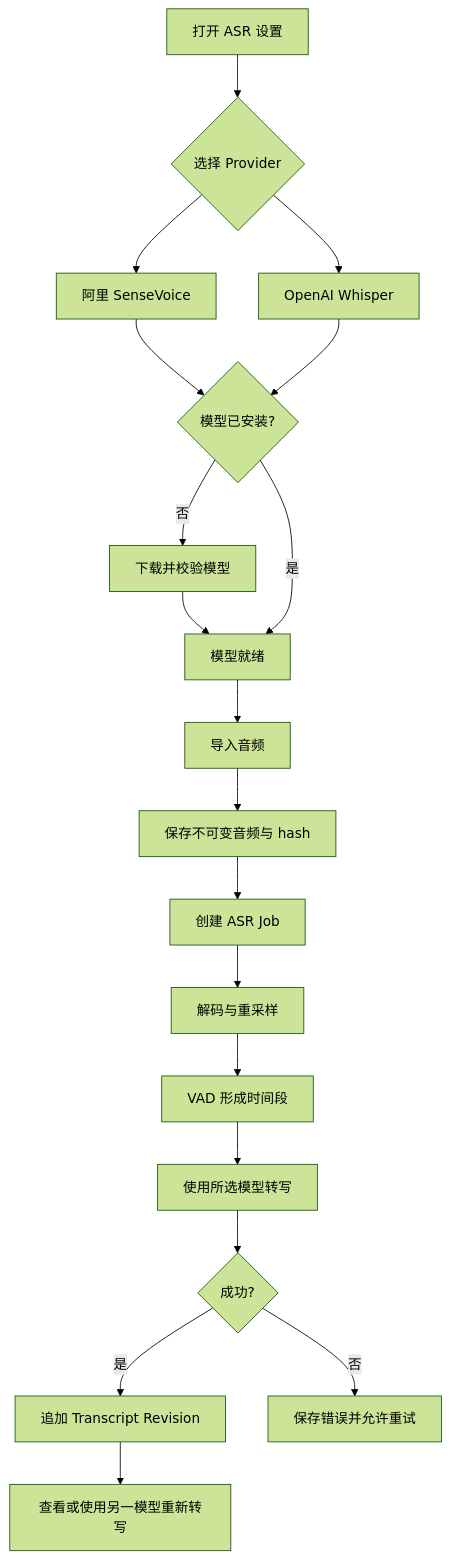
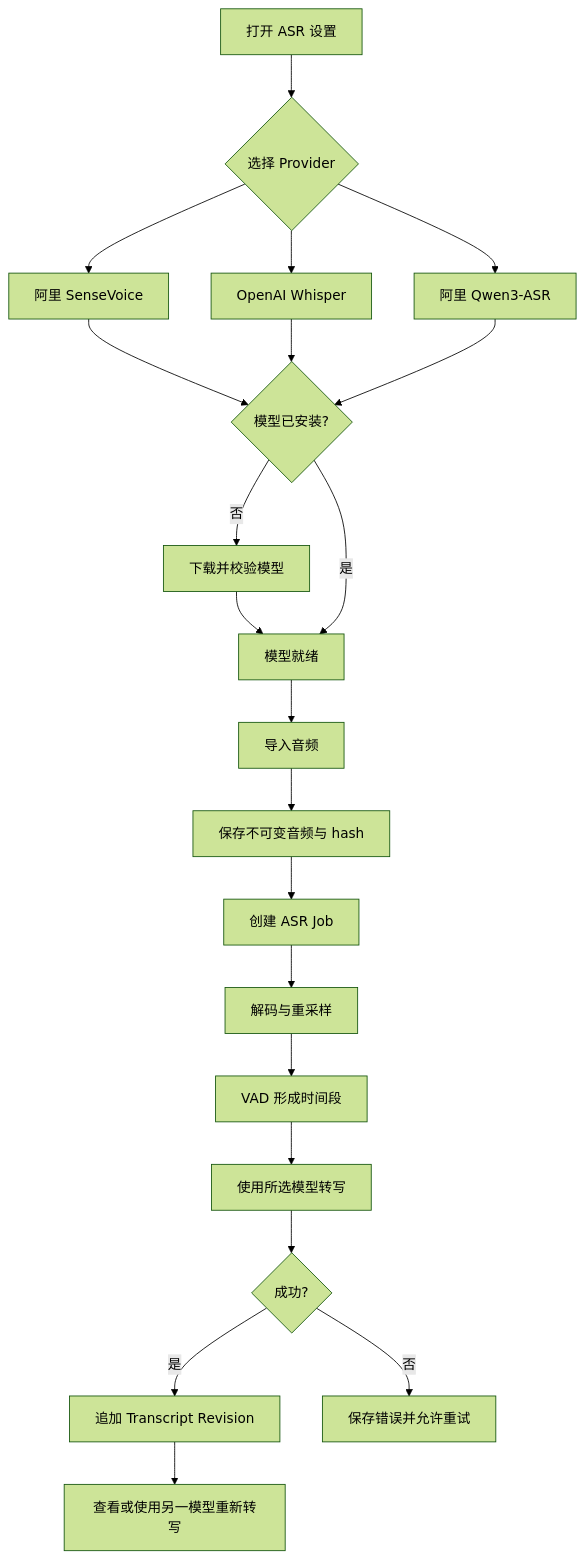
The first of 2 diagrams in docs/prd/lifesub-real-asr-v0.2/PRD.md (TheGoldenWave/LifeSub), drawn with Mermaid (forest theme) before and after one commit. The commit also changed other lines of this file and 4 other files, not shown here.

Commit message:
docs: add Qwen3 ASR provider scope

````diff
--- a/docs/prd/lifesub-real-asr-v0.2/PRD.md
+++ b/docs/prd/lifesub-real-asr-v0.2/PRD.md
@@ -26,21 +26,23 @@
 ```mermaid
 flowchart TD
     Settings[打开 ASR 设置] --> Provider{选择 Provider}
     Provider --> SenseVoice[阿里 SenseVoice]
     Provider --> Whisper[OpenAI Whisper]
+    Provider --> Qwen[阿里 Qwen3-ASR]
     SenseVoice --> Model{模型已安装?}
     Whisper --> Model
+    Qwen --> Model
     Model -->|否| Download[下载并校验模型]
     Download --> Ready[模型就绪]
     Model -->|是| Ready
     Ready --> Import[导入音频]
     Import --> Preserve[保存不可变音频与 hash]
     Preserve --> Job[创建 ASR Job]
     Job --> Decode[解码与重采样]
     Decode --> VAD[VAD 形成时间段]
     VAD --> Transcribe[使用所选模型转写]
     Transcribe --> Result{成功?}
     Result -->|是| Revision[追加 Transcript Revision]
     Result -->|否| Failure[保存错误并允许重试]
     Revision --> Review[查看或使用另一模型重新转写]
 ```
````
